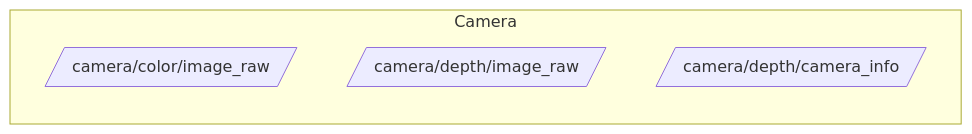
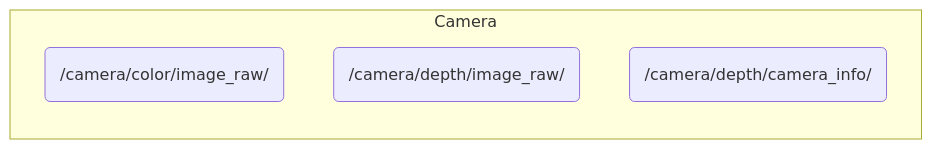
The diagram in README.md (iHaruruki/mediapipe_ros2), drawn with Mermaid before and after one commit.

````diff
--- a/README.md
+++ b/README.md
@@ -6,8 +6,8 @@
 ```mermaid
 flowchart LR
   subgraph Camera
-    CIMG[/camera/color/image_raw/]
-    GIMG[/camera/depth/image_raw/]
-    GINFO[/camera/depth/camera_info/]
+    CIMG(/camera/color/image_raw/)
+    GIMG(/camera/depth/image_raw/)
+    GINFO(/camera/depth/camera_info/)
   end
 ```
````
